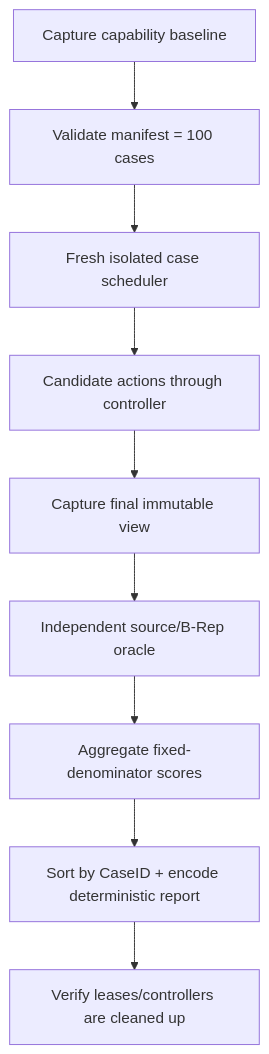
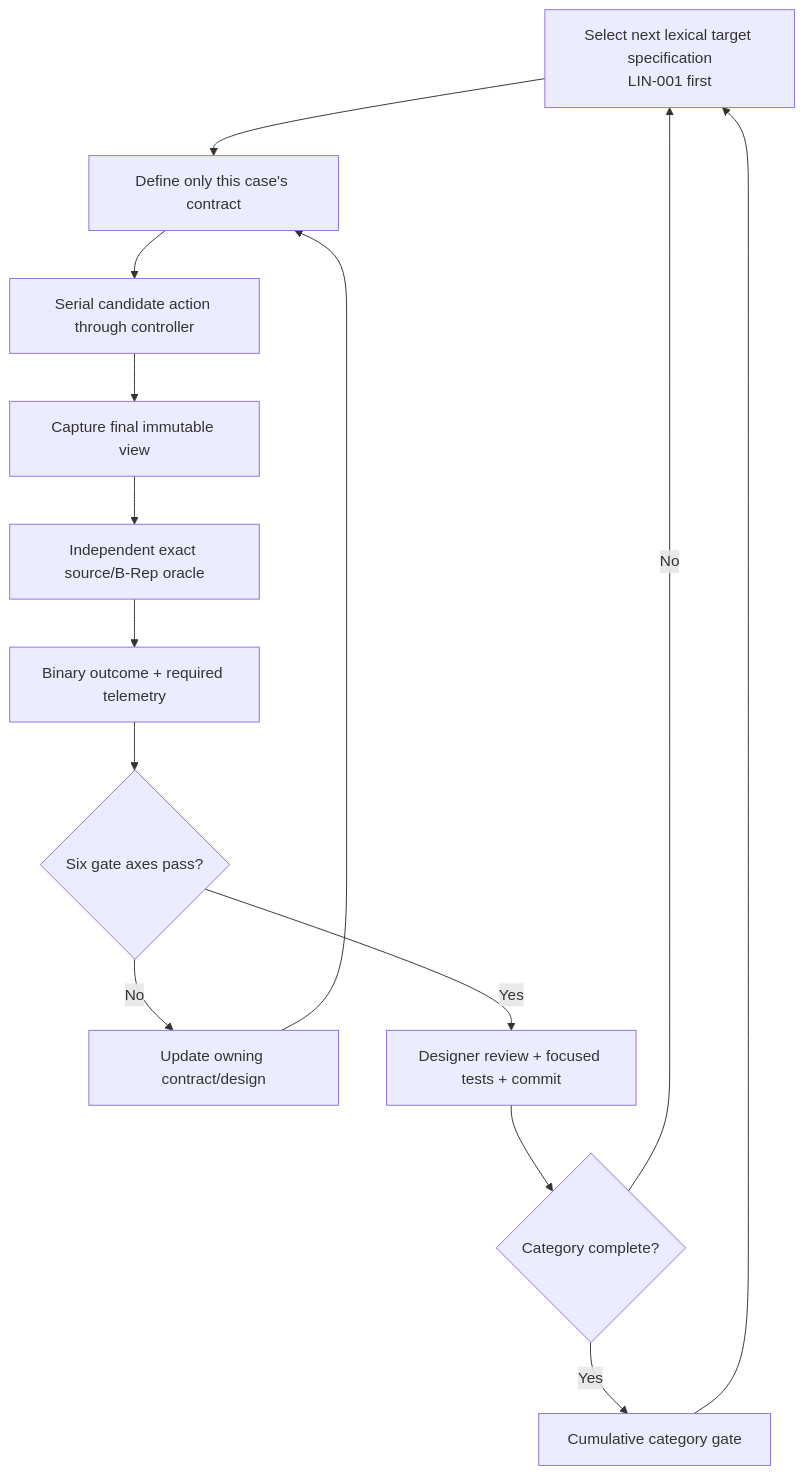
Before and after one commit to 1amageek/Rupa: the fifth of 5 diagrams in RupaKit/Sources/RupaAgentCADBenchmark/DESIGN.md, drawn with Mermaid. The commit also changed other lines of this file and 71 other files, not shown here.

````diff
--- a/RupaKit/Sources/RupaAgentCADBenchmark/DESIGN.md
+++ b/RupaKit/Sources/RupaAgentCADBenchmark/DESIGN.md
@@ -543,11 +602,16 @@
 ```mermaid
 flowchart TD
-    Observe["Capture capability baseline"] --> Validate["Validate manifest = 100 cases"]
-    Validate --> Schedule["Fresh isolated case scheduler"]
-    Schedule --> Execute["Candidate actions through controller"]
+    Select["Select next lexical target specification\nLIN-001 first"] --> Contract["Define only this case's contract"]
+    Contract --> Execute["Serial candidate action through controller"]
     Execute --> Snapshot["Capture final immutable view"]
-    Snapshot --> Oracle["Independent source/B-Rep oracle"]
-    Oracle --> Aggregate["Aggregate fixed-denominator scores"]
-    Aggregate --> Sort["Sort by CaseID + encode deterministic report"]
-    Sort --> Cleanup["Verify leases/controllers are cleaned up"]
+    Snapshot --> Oracle["Independent exact source/B-Rep oracle"]
+    Oracle --> Measure["Binary outcome + required telemetry"]
+    Measure --> Gate{"Six gate axes pass?"}
+    Gate -->|No| Update["Update owning contract/design"]
+    Update --> Contract
+    Gate -->|Yes| Review["Designer review + focused tests + commit"]
+    Review --> Boundary{"Category complete?"}
+    Boundary -->|No| Select
+    Boundary -->|Yes| Category["Cumulative category gate"]
+    Category --> Select
 ```
````
